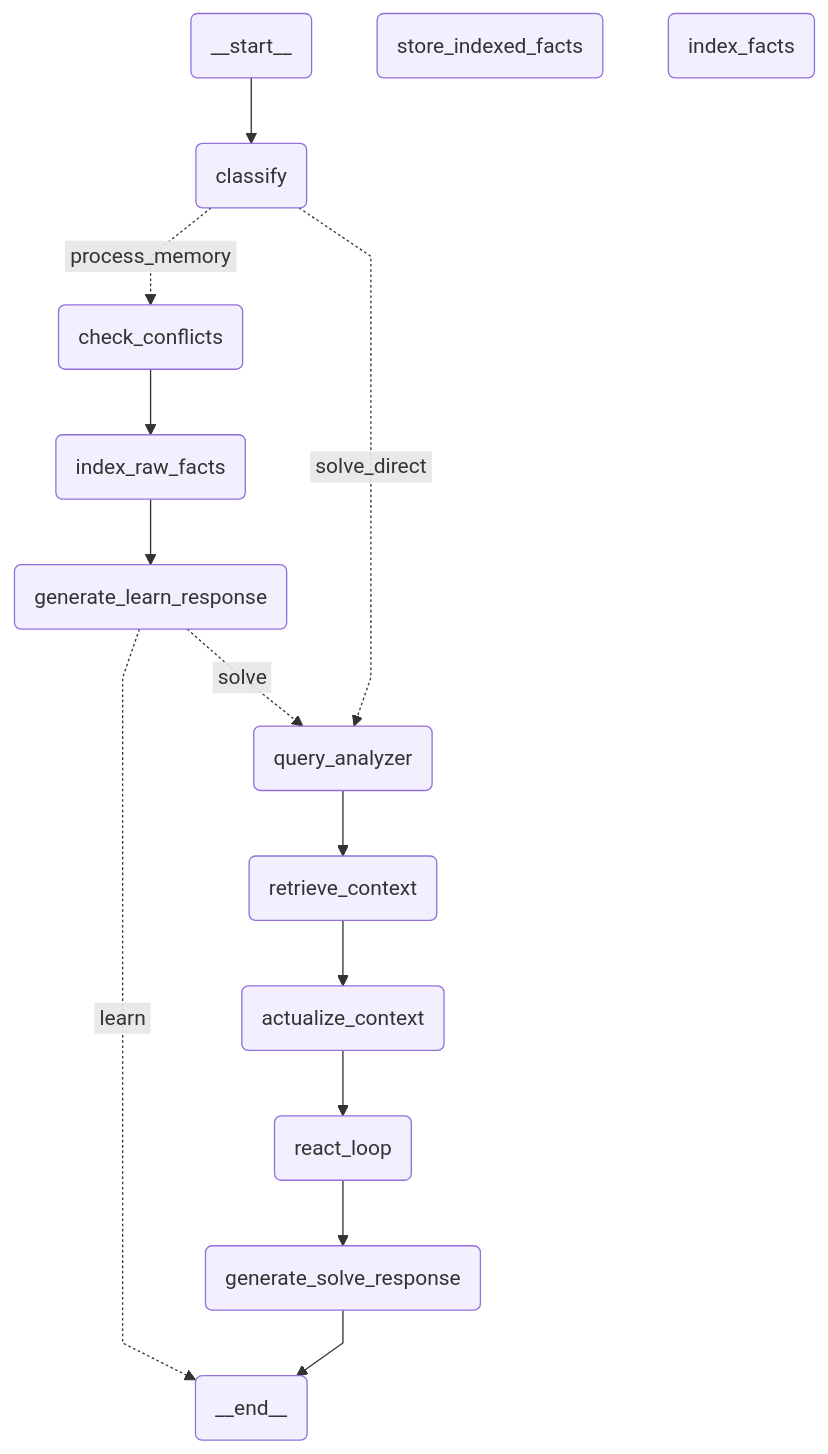
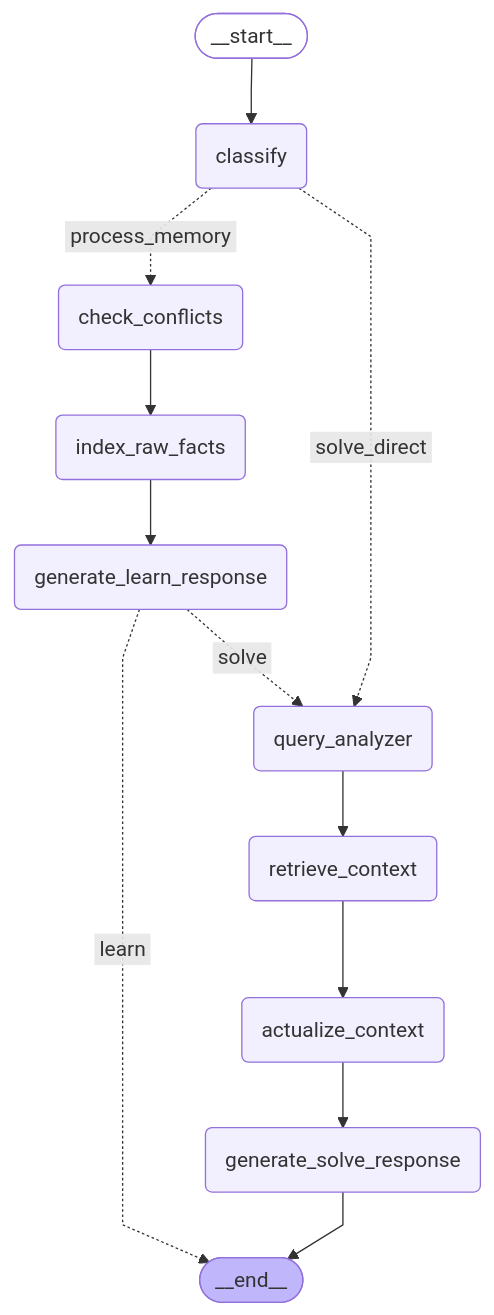
Before and after one commit to isamarcev/AI-graphiti-lapallm: the diagram in scripts/graph.mmd, drawn with Mermaid. The commit also changed 3 other files, not shown here.

```diff
--- a/scripts/graph.mmd
+++ b/scripts/graph.mmd
@@ -1,34 +1,30 @@
 ---
 config:
   flowchart:
     curve: linear
 ---
 graph TD;
-	__start__(<p>__start__</p>)
+	__start__([<p>__start__</p>]):::first
 	classify(classify)
 	check_conflicts(check_conflicts)
 	query_analyzer(query_analyzer)
 	retrieve_context(retrieve_context)
-	react_loop(react_loop)
 	generate_solve_response(generate_solve_response)
 	generate_learn_response(generate_learn_response)
-	store_indexed_facts(store_indexed_facts)
-	index_facts(index_facts)
 	index_raw_facts(index_raw_facts)
 	actualize_context(actualize_context)
-	__end__(<p>__end__</p>)
+	__end__([<p>__end__</p>]):::last
 	__start__ --> classify;
-	actualize_context --> react_loop;
+	actualize_context --> generate_solve_response;
 	check_conflicts --> index_raw_facts;
 	classify -. &nbsp;process_memory&nbsp; .-> check_conflicts;
 	classify -. &nbsp;solve_direct&nbsp; .-> query_analyzer;
 	generate_learn_response -. &nbsp;learn&nbsp; .-> __end__;
 	generate_learn_response -. &nbsp;solve&nbsp; .-> query_analyzer;
 	index_raw_facts --> generate_learn_response;
 	query_analyzer --> retrieve_context;
-	react_loop --> generate_solve_response;
 	retrieve_context --> actualize_context;
 	generate_solve_response --> __end__;
 	classDef default fill:#f2f0ff,line-height:1.2
 	classDef first fill-opacity:0
 	classDef last fill:#bfb6fc
```
